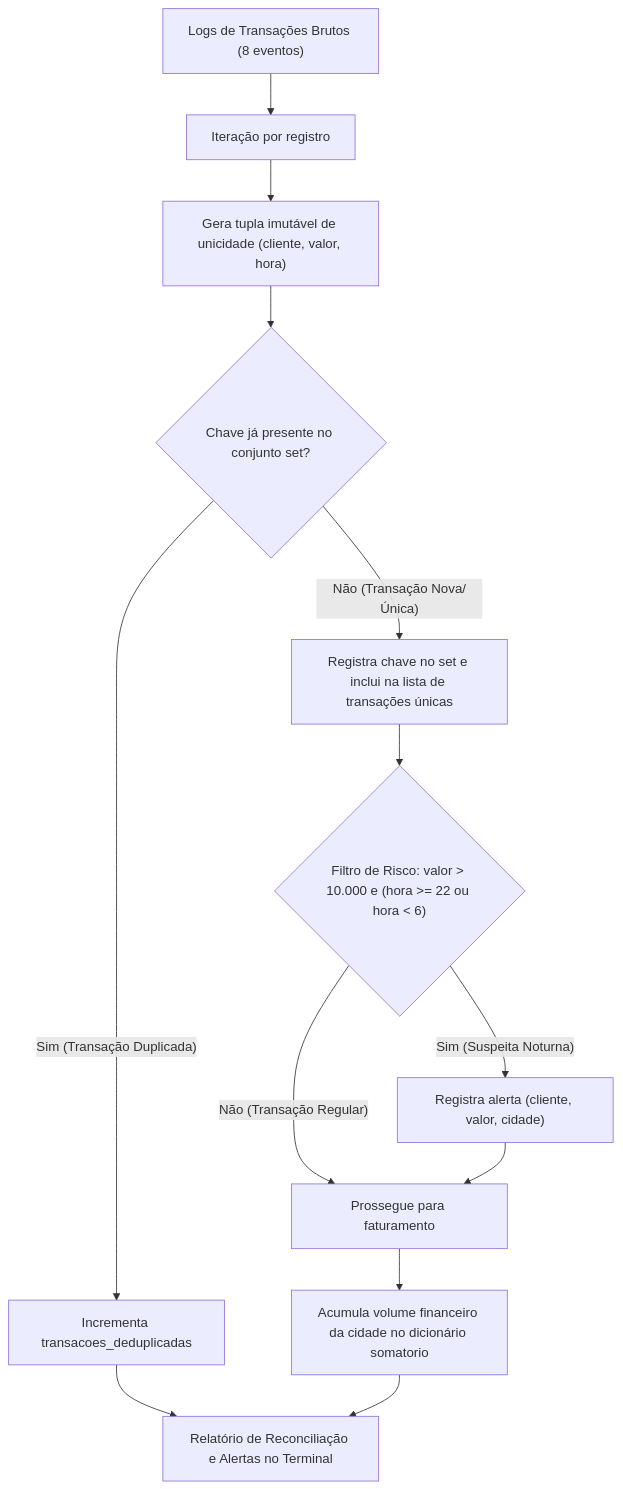
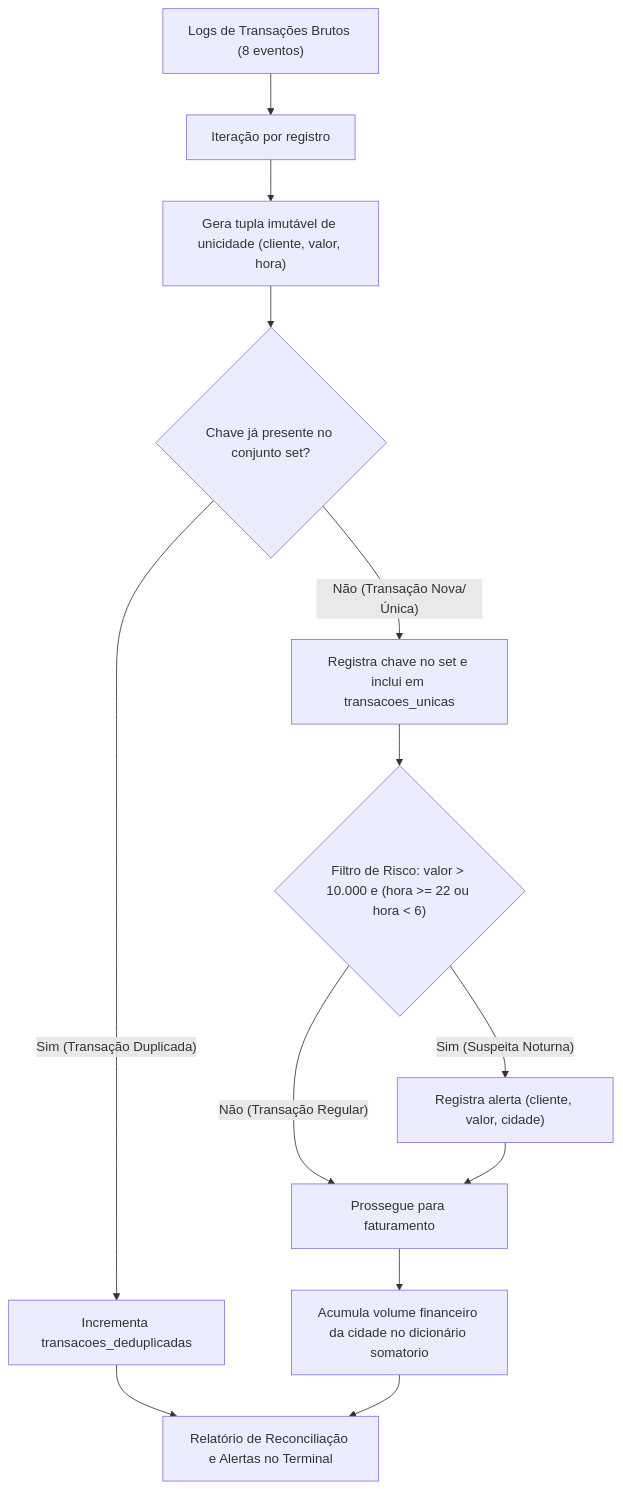
Before and after one commit to ryanaurelio2005/python-pure-data-challenges: the second of 4 diagrams in README.md, drawn with Mermaid. The commit also changed other lines of this file and 1 other file, not shown here.

````diff
--- a/README.md
+++ b/README.md
@@ -53,15 +54,15 @@
 ```mermaid
 flowchart TD
     A["Logs de Transações Brutos (8 eventos)"] --> B["Iteração por registro"]
     B --> C["Gera tupla imutável de unicidade (cliente, valor, hora)"]
     C --> D{"Chave já presente no conjunto set?"}
     D -- "Sim (Transação Duplicada)" --> E["Incrementa transacoes_deduplicadas"]
-    D -- "Não (Transação Nova/Única)" --> F["Registra chave no set e inclui na lista de transações únicas"]
+    D -- "Não (Transação Nova/Única)" --> F["Registra chave no set e inclui em transacoes_unicas"]
     F --> G{"Filtro de Risco: valor > 10.000 e (hora >= 22 ou hora < 6)"}
     G -- "Sim (Suspeita Noturna)" --> H["Registra alerta (cliente, valor, cidade)"]
     G -- "Não (Transação Regular)" --> I["Prossegue para faturamento"]
     H --> I
     I --> J["Acumula volume financeiro da cidade no dicionário somatorio"]
     E --> K["Relatório de Reconciliação e Alertas no Terminal"]
     J --> K
 ```
````
